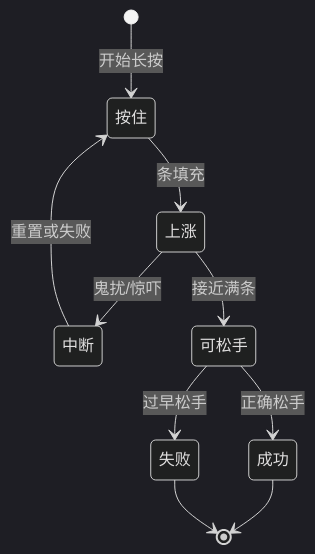
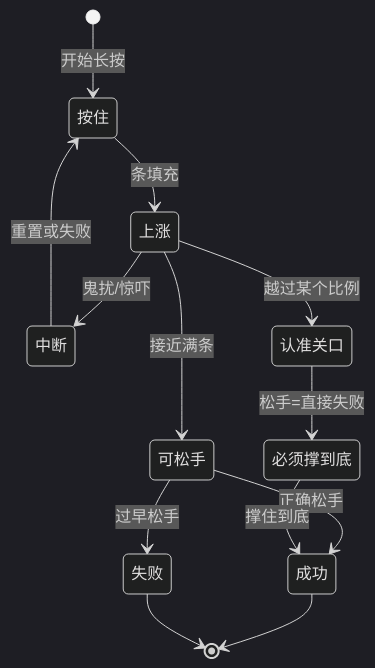
One commit to wubugui/GDoc changed the diagram in docs/player/pressure.md. Above: the diagram before and after it, drawn with Mermaid (dark theme). The commit also changed other lines of this file and 112 other files, not shown here.

````diff
--- a/docs/player/pressure.md
+++ b/docs/player/pressure.md
@@ -27,12 +31,15 @@
 ```mermaid
 stateDiagram-v2
   [*] --> 按住: 开始长按
   按住 --> 上涨: 条填充
   上涨 --> 中断: 鬼扰/惊吓
+  上涨 --> 认准关口: 越过某个比例
+  认准关口 --> 必须撑到底: 松手=直接失败
   上涨 --> 可松手: 接近满条
   中断 --> 按住: 重置或失败
   可松手 --> 成功: 正确松手
   可松手 --> 失败: 过早松手
+  必须撑到底 --> 成功: 撑住到底
   成功 --> [*]
   失败 --> [*]
 ```
````
